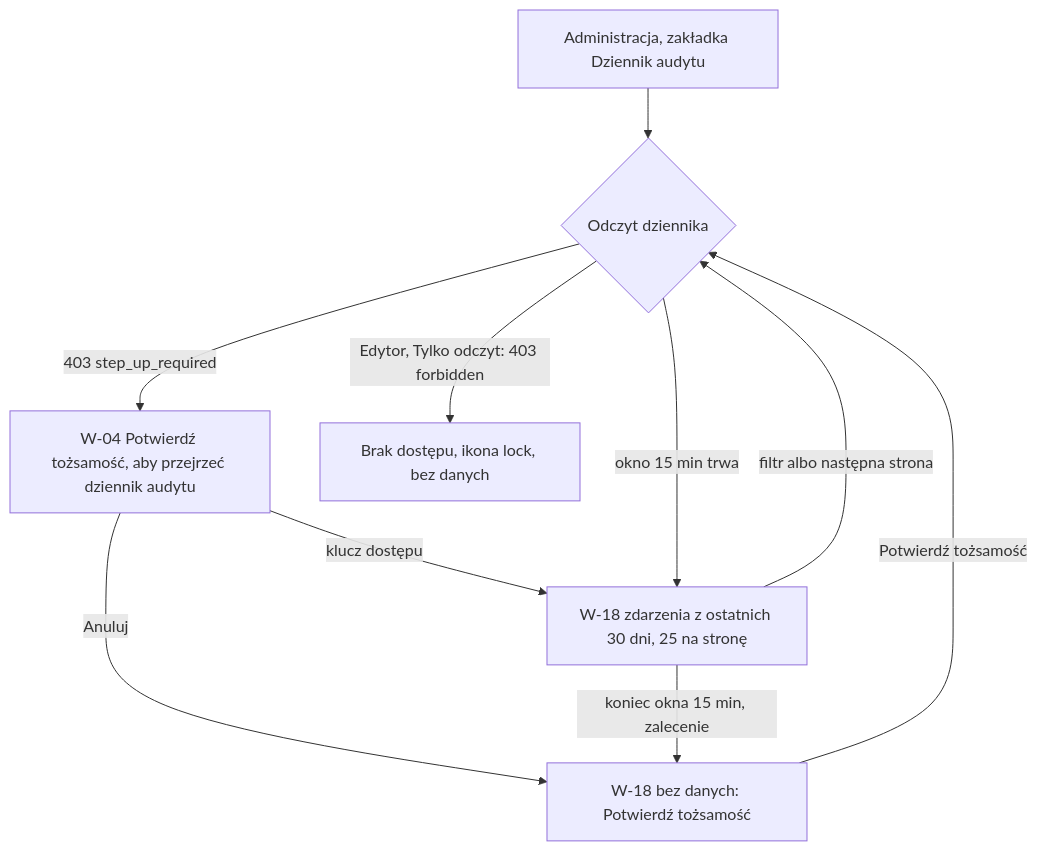
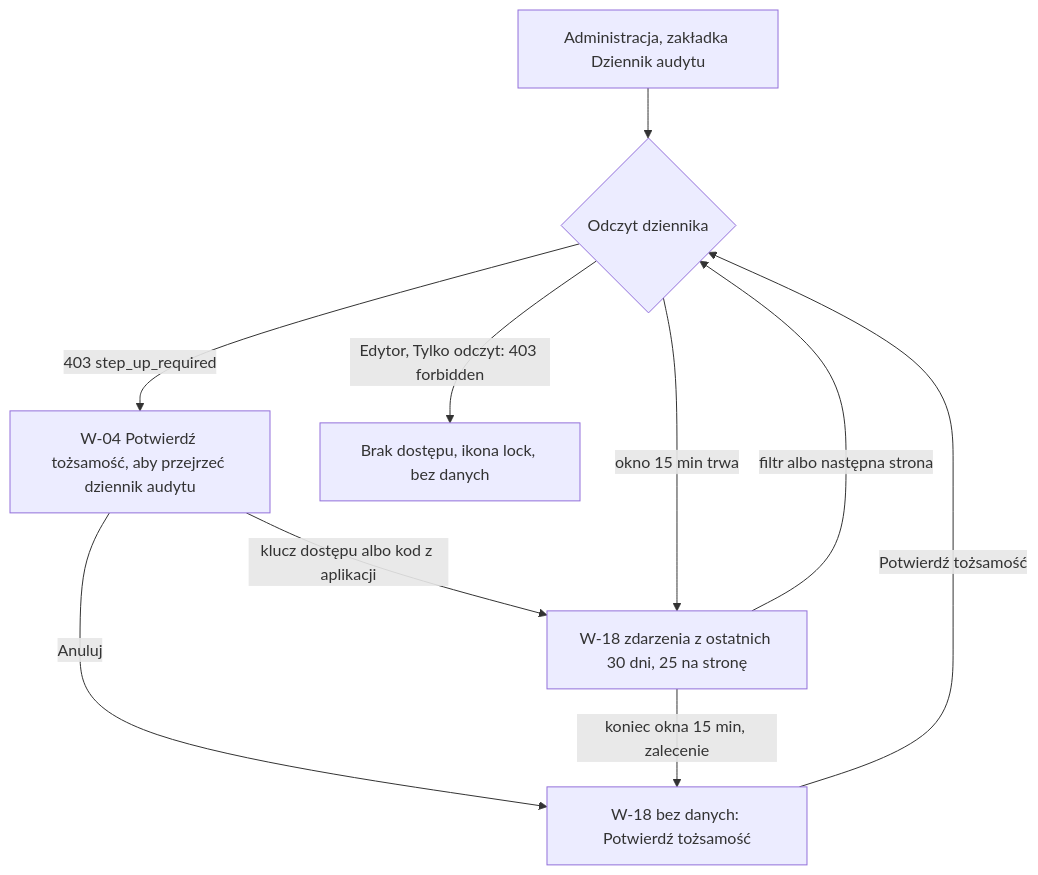
One commit to konradkluz/evia-manager changed the third of 3 diagrams in docs/ux/flows/12-konto-i-administracja.md. Above: the diagram before and after it, drawn with Mermaid. The commit also changed other lines of this file and 122 other files, not shown here.

````diff
--- a/docs/ux/flows/12-konto-i-administracja.md
+++ b/docs/ux/flows/12-konto-i-administracja.md
@@ -56,12 +56,12 @@
 ```mermaid
 flowchart TD
   A["Administracja, zakładka Dziennik audytu"] --> B{"Odczyt dziennika"}
   B -->|"403 step_up_required"| C["W-04 Potwierdź tożsamość, aby przejrzeć dziennik audytu"]
-  C -->|"klucz dostępu"| D["W-18 zdarzenia z ostatnich 30 dni, 25 na stronę"]
+  C -->|"klucz dostępu albo kod z aplikacji"| D["W-18 zdarzenia z ostatnich 30 dni, 25 na stronę"]
   C -->|"Anuluj"| E["W-18 bez danych: Potwierdź tożsamość"]
   E -->|"Potwierdź tożsamość"| B
   B -->|"okno 15 min trwa"| D
   D -->|"filtr albo następna strona"| B
   D -->|"koniec okna 15 min, zalecenie"| E
   B -->|"Edytor, Tylko odczyt: 403 forbidden"| F["Brak dostępu, ikona lock, bez danych"]
 ```
````
